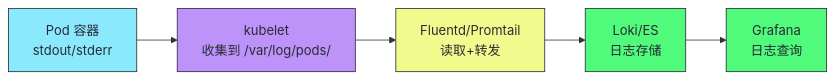
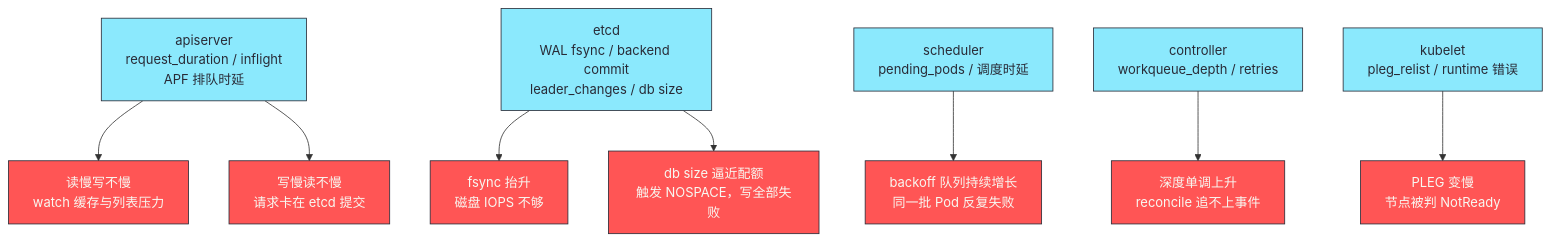
The third of 5 diagrams in content/云原生/Kubernetes/Kubernetes架构深度剖析/17 集群可观测性与故障排查：监控、日志、追踪与诊断.md (hpliStartAgain/my-brain), drawn with Mermaid before and after one commit. The commit also changed other lines of this file and 259 other files, not shown here.

````diff
--- a/content/云原生/Kubernetes/Kubernetes架构深度剖析/17 集群可观测性与故障排查：监控、日志、追踪与诊断.md
+++ b/content/云原生/Kubernetes/Kubernetes架构深度剖析/17 集群可观测性与故障排查：监控、日志、追踪与诊断.md
@@ -173,19 +197,16 @@
 ```mermaid
 %%{init: {'theme': 'dracula'}}%%
-graph LR
-    Pod["Pod 容器<br/>stdout/stderr"] --> Kubelet["kubelet<br/>收集到 /var/log/pods/"]
-    Kubelet --> Fluentd["Fluentd/Promtail<br/>读取+转发"]
-    Fluentd --> Loki["Loki/ES<br/>日志存储"]
-    Loki --> Grafana2["Grafana<br/>日志查询"]
+graph TD
+    A["apiserver<br/>request_duration / inflight<br/>APF 排队时延"] --> A1["读慢写不慢<br/>watch 缓存与列表压力"]
+    A --> A2["写慢读不慢<br/>请求卡在 etcd 提交"]
+    E["etcd<br/>WAL fsync / backend commit<br/>leader_changes / db size"] --> E1["fsync 抬升<br/>磁盘 IOPS 不够"]
+    E --> E2["db size 逼近配额<br/>触发 NOSPACE，写全部失败"]
+    S["scheduler<br/>pending_pods / 调度时延"] --> S1["backoff 队列持续增长<br/>同一批 Pod 反复失败"]
+    C["controller<br/>workqueue_depth / retries"] --> C1["深度单调上升<br/>reconcile 追不上事件"]
+    K["kubelet<br/>pleg_relist / runtime 错误"] --> K1["PLEG 变慢<br/>节点被判 NotReady"]
 
-    classDef pod fill:#8be9fd,stroke:#282a36,color:#282a36
-    classDef kubelet fill:#bd93f9,stroke:#282a36,color:#282a36
-    classDef fluentd fill:#f1fa8c,stroke:#282a36,color:#282a36
-    classDef loki fill:#50fa7b,stroke:#282a36,color:#282a36
-    classDef grafana fill:#50fa7b,stroke:#282a36,color:#282a36
-    class Pod pod
-    class Kubelet kubelet
-    class Fluentd fluentd
-    class Loki loki
-    class Grafana2 grafana
+    classDef comp fill:#8be9fd,stroke:#282a36,color:#282a36
+    classDef fail fill:#ff5555,stroke:#282a36,color:#f8f8f2
+    class A,E,S,C,K comp
+    class A1,A2,E1,E2,S1,C1,K1 fail
 ```
````
